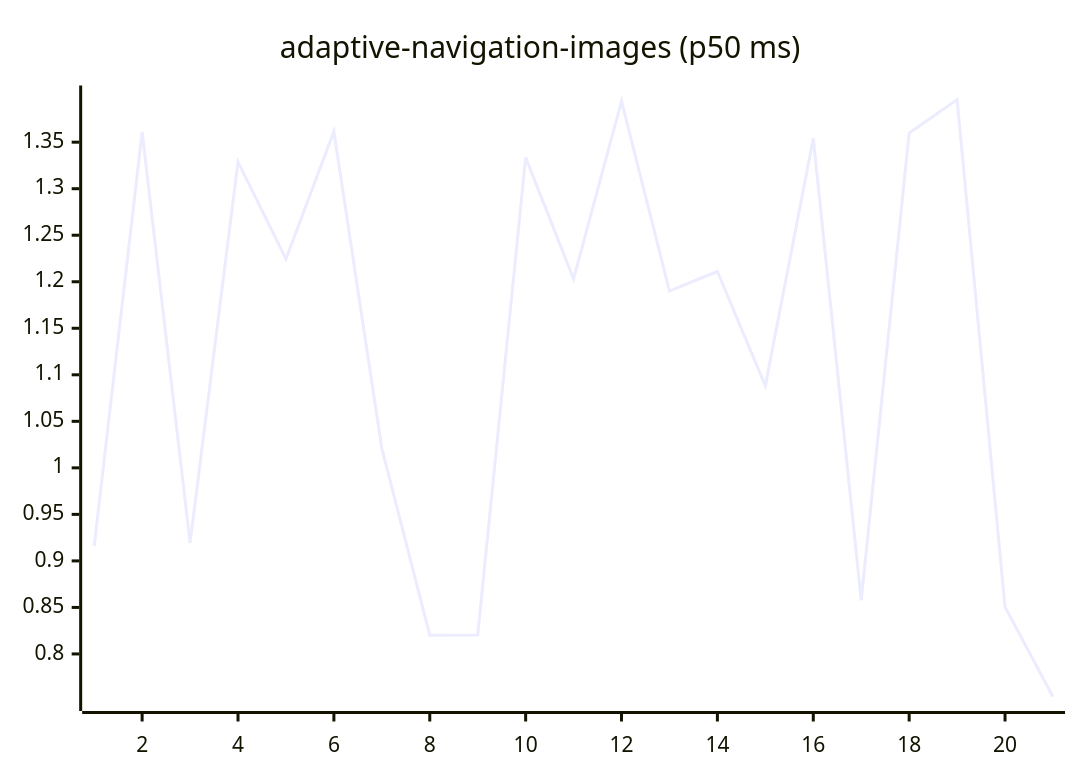
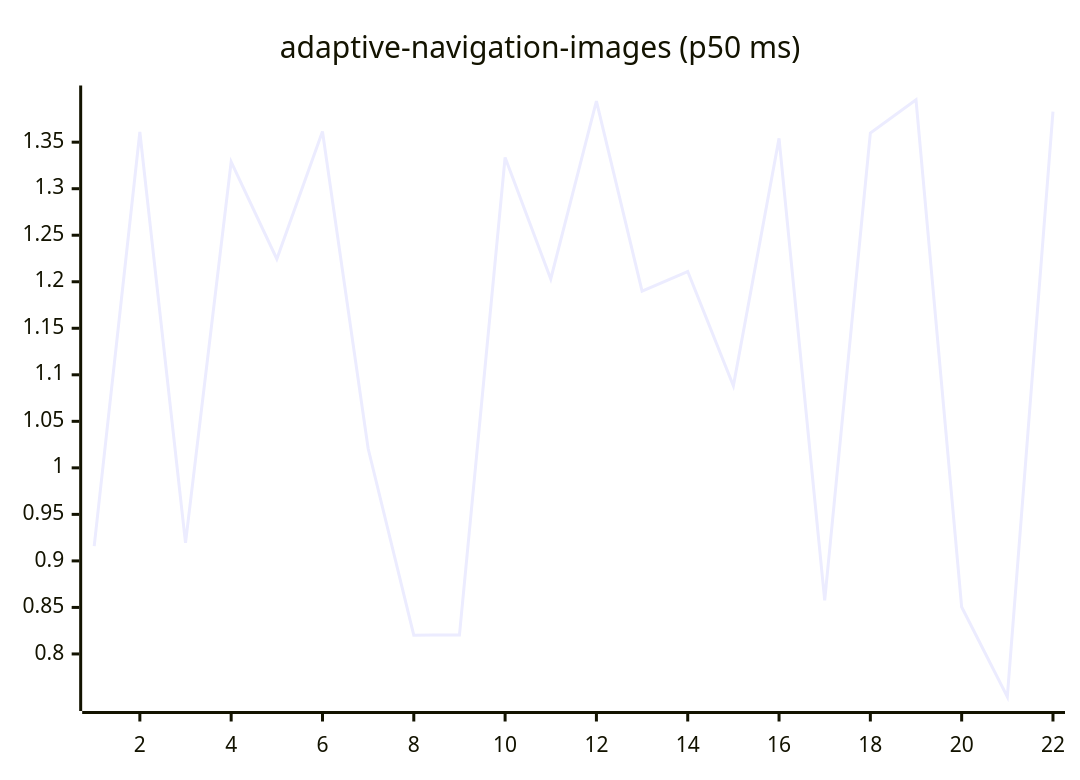
One commit to josha/Facet changed the first of 27 diagrams in README.md. Above: the diagram before and after it, drawn with Mermaid. The commit also changed other lines of this file and 2 other files, not shown here.

````diff
--- a/README.md
+++ b/README.md
@@ -63,6 +63,6 @@
 ```mermaid
 xychart-beta
     title "adaptive-navigation-images (p50 ms)"
-    x-axis 1 --> 21
-    line [0.9159, 1.3609, 0.9193, 1.3288, 1.2245, 1.3615, 1.0208, 0.8202, 0.8203, 1.3336, 1.2030, 1.3942, 1.1900, 1.2110, 1.0882, 1.3541, 0.8576, 1.3599, 1.3956, 0.8504, 0.7540]
+    x-axis 1 --> 22
+    line [0.9159, 1.3609, 0.9193, 1.3288, 1.2245, 1.3615, 1.0208, 0.8202, 0.8203, 1.3336, 1.2030, 1.3942, 1.1900, 1.2110, 1.0882, 1.3541, 0.8576, 1.3599, 1.3956, 0.8504, 0.7540, 1.3829]
 ```
````
